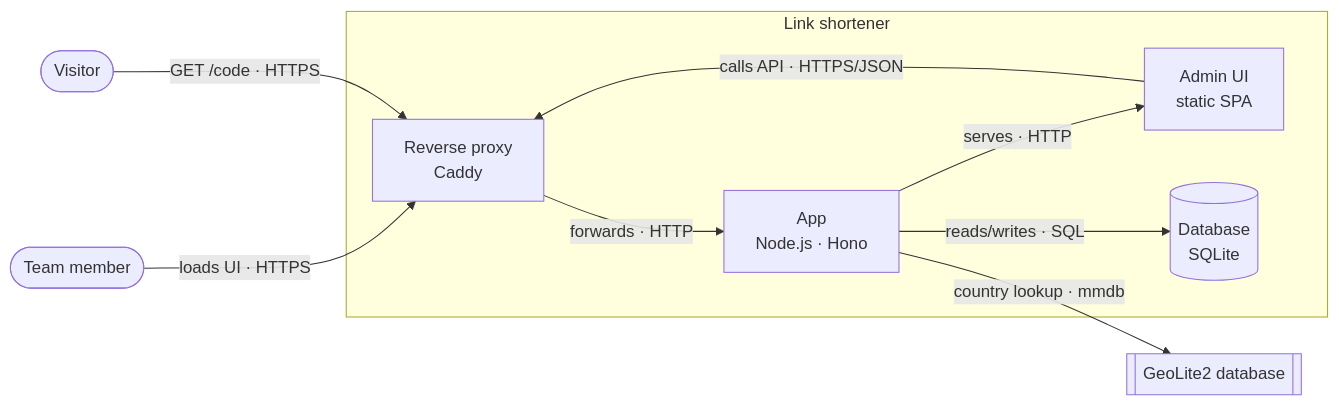
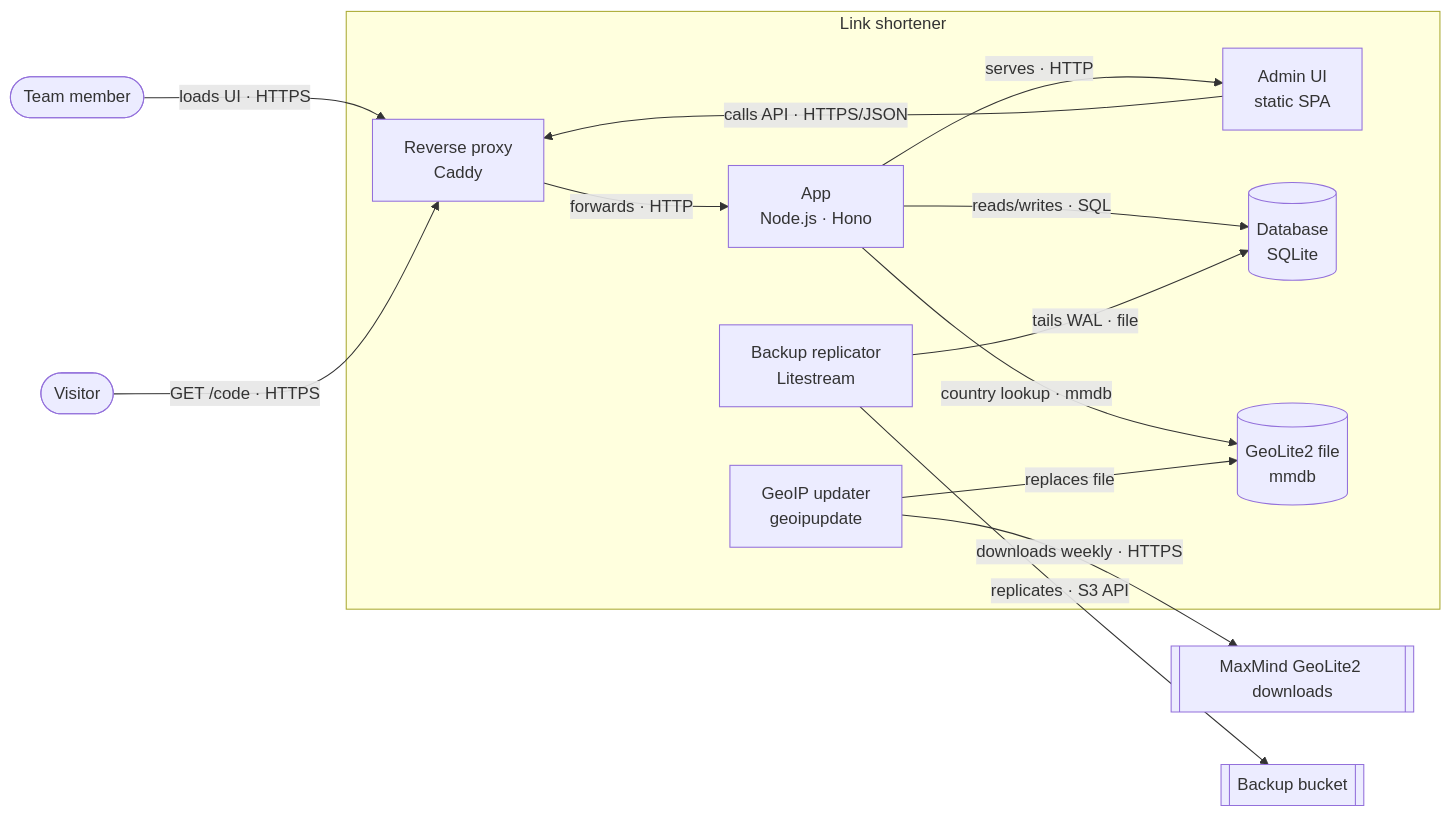
The second of 6 diagrams in examples/link-shortener/docs/design/link-shortener/design.md (fwiesek/tech-design-skills), drawn with Mermaid before and after one commit. The commit also changed other lines of this file and 2 other files, not shown here.

````diff
--- a/examples/link-shortener/docs/design/link-shortener/design.md
+++ b/examples/link-shortener/docs/design/link-shortener/design.md
@@ -54,19 +57,27 @@
 ```mermaid
 flowchart LR
   member([Team member])
   visitor([Visitor])
-  geo[[GeoLite2 database]]
+  maxmind[[MaxMind GeoLite2 downloads]]
+  bucket[[Backup bucket]]
   subgraph sys [Link shortener]
     proxy[Reverse proxy<br/>Caddy]
     app[App<br/>Node.js · Hono]
     ui[Admin UI<br/>static SPA]
     db[(Database<br/>SQLite)]
+    mmdb[(GeoLite2 file<br/>mmdb)]
+    geoip[GeoIP updater<br/>geoipupdate]
+    backup[Backup replicator<br/>Litestream]
   end
   member -->|"loads UI · HTTPS"| proxy
   visitor -->|"GET /code · HTTPS"| proxy
   proxy -->|"forwards · HTTP"| app
   app -->|"serves · HTTP"| ui
   ui -->|"calls API · HTTPS/JSON"| proxy
   app -->|"reads/writes · SQL"| db
-  app -->|"country lookup · mmdb"| geo
+  app -->|"country lookup · mmdb"| mmdb
+  geoip -->|"downloads weekly · HTTPS"| maxmind
+  geoip -->|"replaces file"| mmdb
+  backup -->|"tails WAL · file"| db
+  backup -->|"replicates · S3 API"| bucket
 ```
````
